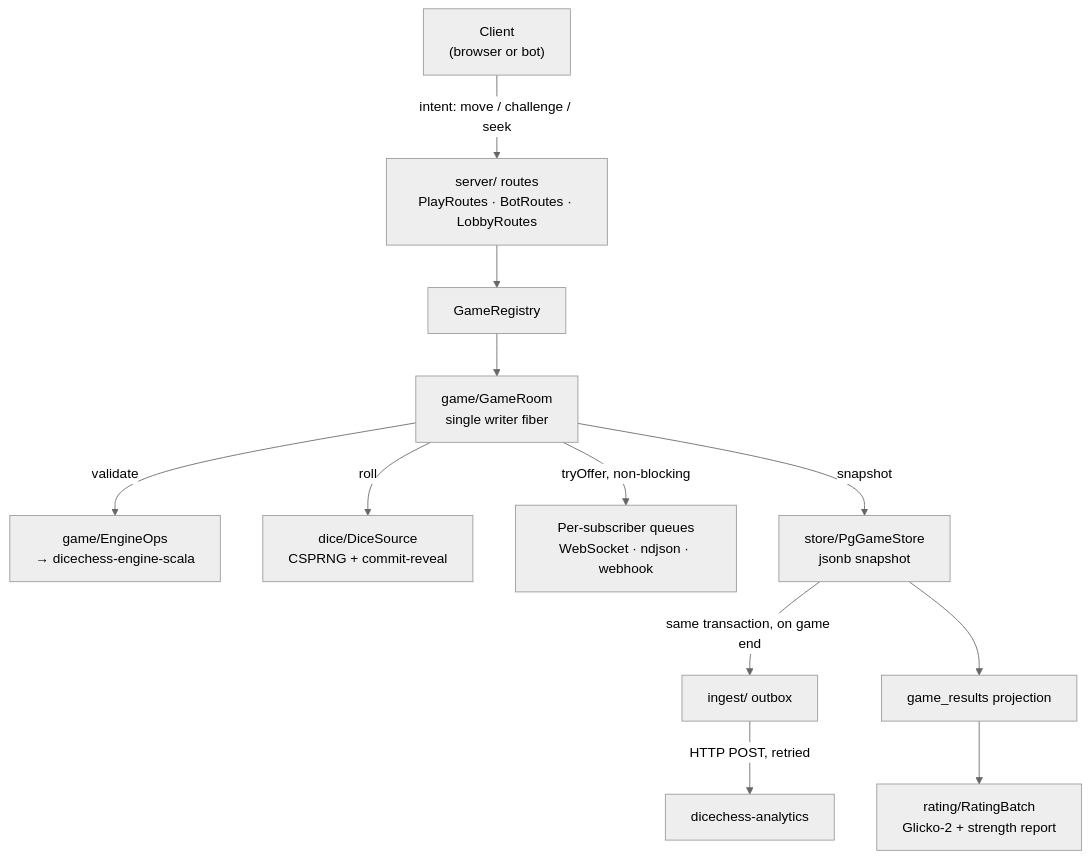
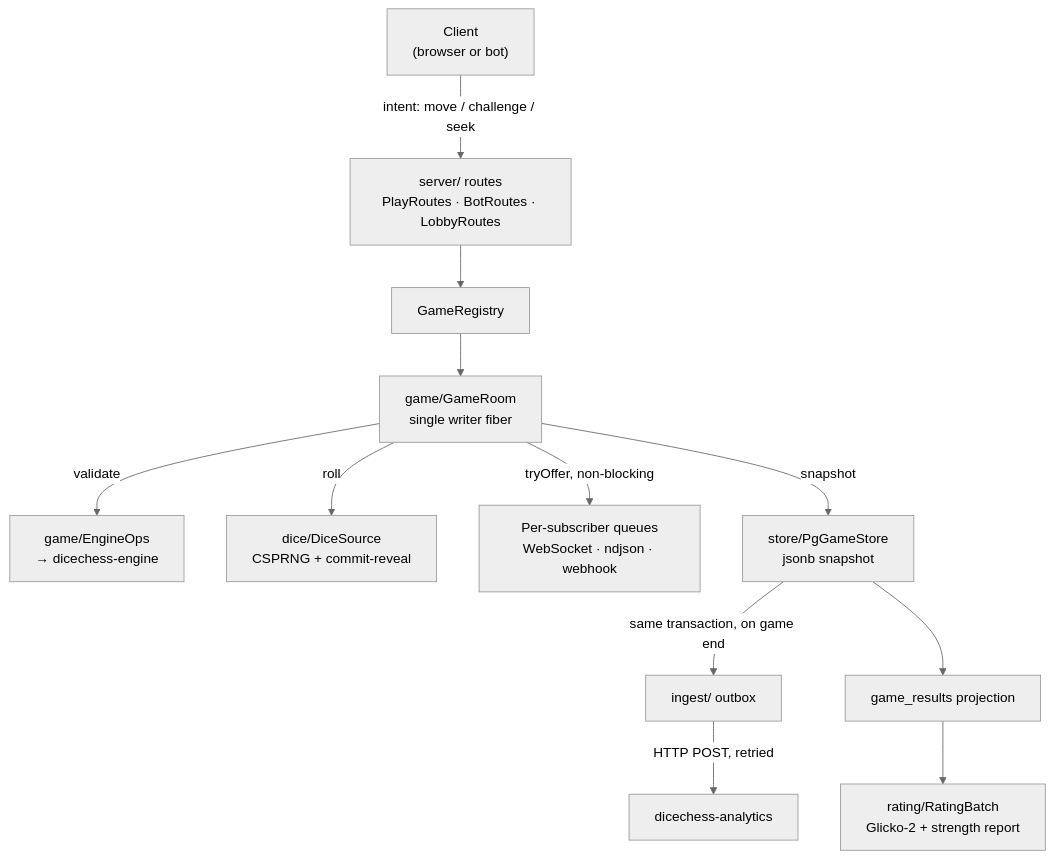
The first of 2 diagrams in contributor-docs/src/content/docs/architecture.md (fortemate/dicechess-play-api), drawn with Mermaid (neutral theme) before and after one commit. The commit also changed other lines of this file and 4 other files, not shown here.

````diff
--- a/contributor-docs/src/content/docs/architecture.md
+++ b/contributor-docs/src/content/docs/architecture.md
@@ -28,14 +28,14 @@
 ```mermaid
 flowchart TD
     C["Client<br/>(browser or bot)"] -->|"intent: move / challenge / seek"| R["server/ routes<br/>PlayRoutes · BotRoutes · LobbyRoutes"]
     R --> REG["GameRegistry"]
     REG --> ROOM["game/GameRoom<br/>single writer fiber"]
-    ROOM -->|"validate"| ENG["game/EngineOps<br/>→ dicechess-engine-scala"]
+    ROOM -->|"validate"| ENG["game/EngineOps<br/>→ dicechess-engine"]
     ROOM -->|"roll"| DICE["dice/DiceSource<br/>CSPRNG + commit-reveal"]
     ROOM -->|"tryOffer, non-blocking"| SUB["Per-subscriber queues<br/>WebSocket · ndjson · webhook"]
     ROOM -->|"snapshot"| STORE["store/PgGameStore<br/>jsonb snapshot"]
     STORE -->|"same transaction, on game end"| OUT["ingest/ outbox"]
     OUT -->|"HTTP POST, retried"| AN["dicechess-analytics"]
     STORE --> RES["game_results projection"]
     RES --> RB["rating/RatingBatch<br/>Glicko-2 + strength report"]
 ```
````
